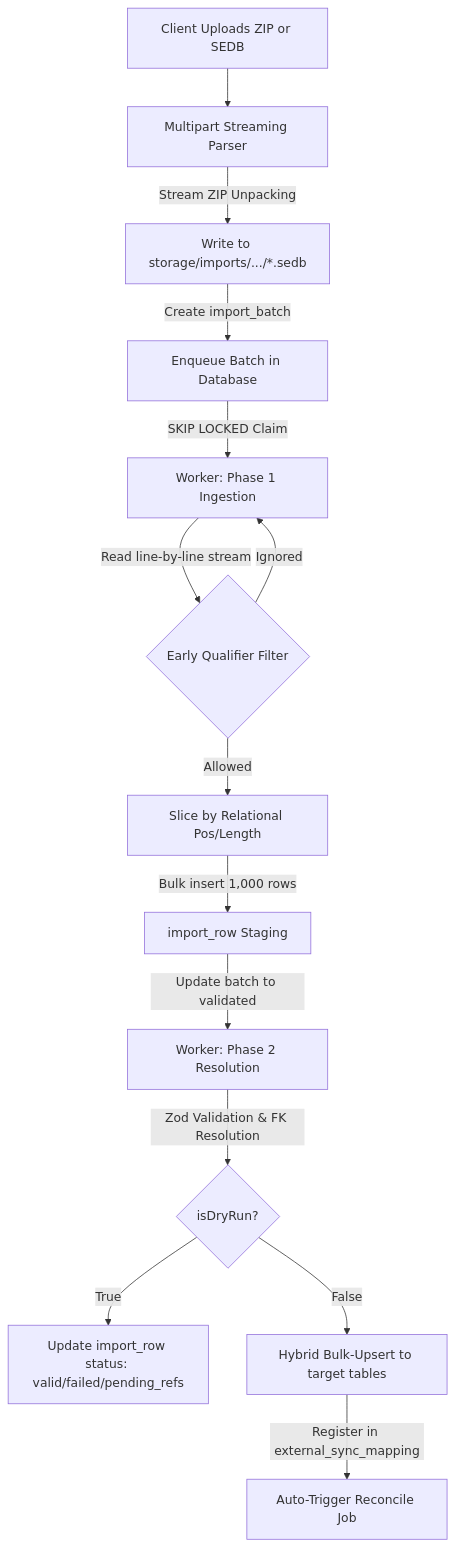
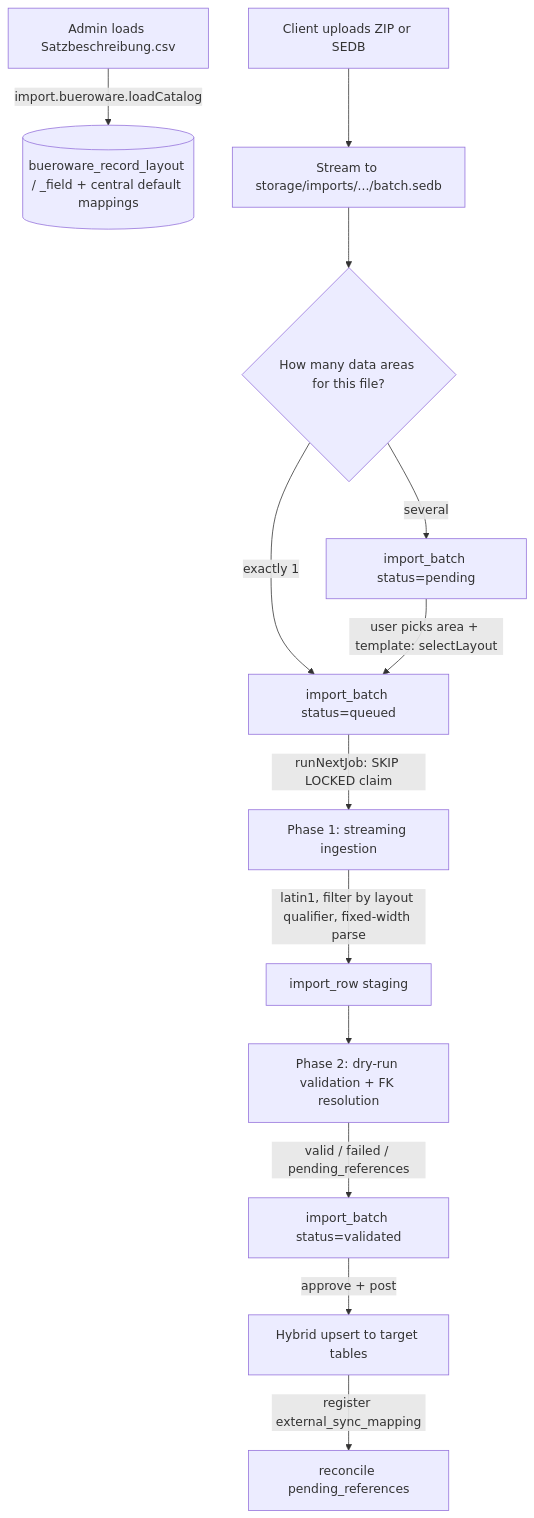
Before and after one commit to psykeat/slopware_turso: the diagram in .agents/09_bueroware_import.md, drawn with Mermaid. The commit also changed other lines of this file and 531 other files, not shown here.

````diff
--- a/.agents/09_bueroware_import.md
+++ b/.agents/09_bueroware_import.md
@@ -23,16 +40,15 @@
 ```mermaid
 graph TD
-    A[Client Uploads ZIP or SEDB] --> B[Multipart Streaming Parser]
-    B -->|Stream ZIP Unpacking| C[Write to storage/imports/.../*.sedb]
-    C -->|Create import_batch| D[Enqueue Batch in Database]
-    D -->|SKIP LOCKED Claim| E[Worker: Phase 1 Ingestion]
-    E -->|Read line-by-line stream| F{Early Qualifier Filter}
-    F -->|Allowed| G[Slice by Relational Pos/Length]
-    F -->|Ignored| E
-    G -->|Bulk insert 1,000 rows| H[import_row Staging]
-    H -->|Update batch to validated| I[Worker: Phase 2 Resolution]
-    I -->|Zod Validation & FK Resolution| J{isDryRun?}
-    J -->|True| K[Update import_row status: valid/failed/pending_refs]
-    J -->|False| L[Hybrid Bulk-Upsert to target tables]
-    L -->|Register in external_sync_mapping| M[Auto-Trigger Reconcile Job]
+    Cat[Admin loads Satzbeschreibung.csv] -->|import.bueroware.loadCatalog| Catalog[(bueroware_record_layout / _field + central default mappings)]
+    A[Client uploads ZIP or SEDB] --> B[Stream to storage/imports/.../batch.sedb]
+    B --> C{How many data areas for this file?}
+    C -->|exactly 1| Q[import_batch status=queued]
+    C -->|several| P[import_batch status=pending]
+    P -->|user picks area + template: selectLayout| Q
+    Q -->|runNextJob: SKIP LOCKED claim| E[Phase 1: streaming ingestion]
+    E -->|latin1, filter by layout qualifier, fixed-width parse| H[import_row staging]
+    H --> I[Phase 2: dry-run validation + FK resolution]
+    I -->|valid / failed / pending_references| V[import_batch status=validated]
+    V -->|approve + post| L[Hybrid upsert to target tables]
+    L -->|register external_sync_mapping| R[reconcile pending_references]
 ```
````
